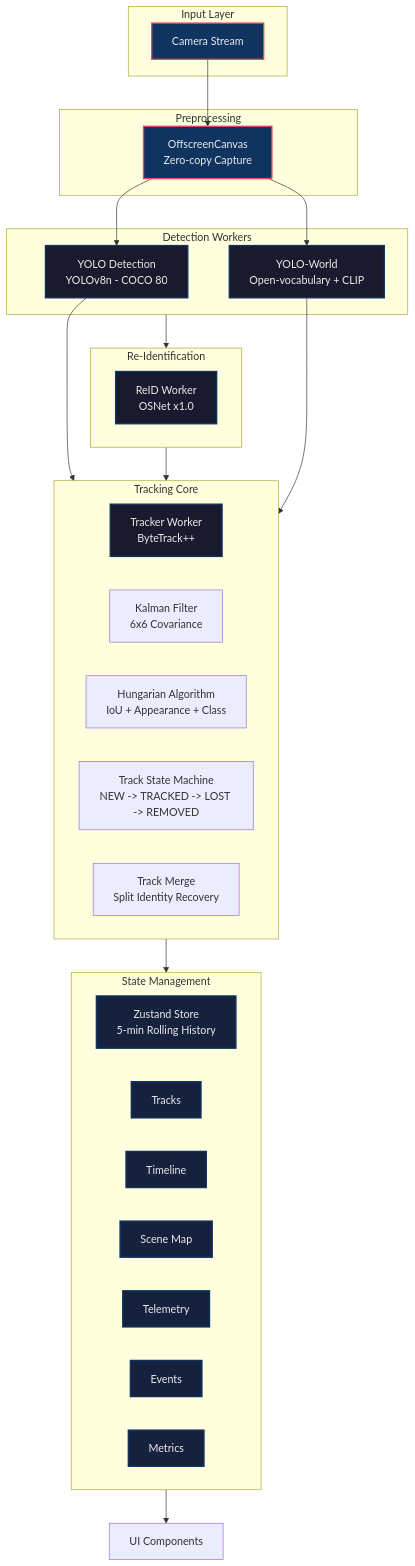
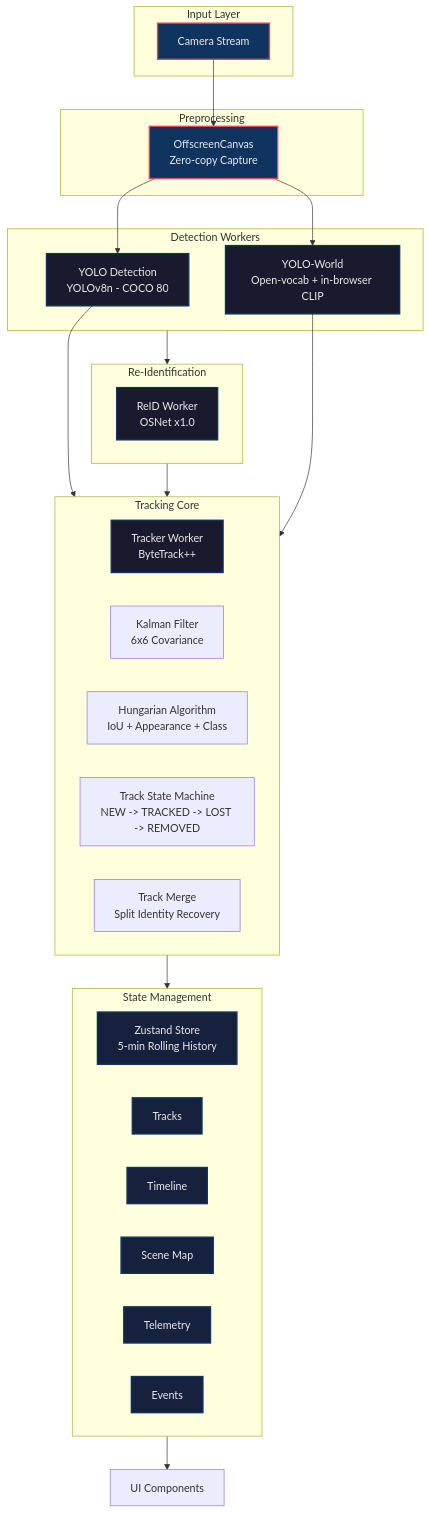
The diagram in README.md (zubershk/TrackVision), drawn with Mermaid before and after one commit. The commit also changed other lines of this file and 43 other files, not shown here.

````diff
--- a/README.md
+++ b/README.md
@@ -45,55 +44,54 @@
 ```mermaid
 flowchart TD
     subgraph Input["Input Layer"]
         Camera["Camera Stream"]
     end
 
     subgraph Preprocess["Preprocessing"]
         Offscreen["OffscreenCanvas\nZero-copy Capture"]
     end
 
     subgraph Detection["Detection Workers"]
         YOLOFast["YOLO Detection\nYOLOv8n - COCO 80"]
-        YOLOOpen["YOLO-World\nOpen-vocabulary + CLIP"]
+        YOLOOpen["YOLO-World\nOpen-vocab + in-browser CLIP"]
     end
 
     subgraph ReID["Re-Identification"]
         ReIDWorker["ReID Worker\nOSNet x1.0"]
     end
 
     subgraph Tracking["Tracking Core"]
         TrackerWorker["Tracker Worker\nByteTrack++"]
         Kalman["Kalman Filter\n6x6 Covariance"]
         Hungarian["Hungarian Algorithm\nIoU + Appearance + Class"]
         StateMachine["Track State Machine\nNEW -> TRACKED -> LOST -> REMOVED"]
         TrackMerge["Track Merge\nSplit Identity Recovery"]
     end
 
     subgraph State["State Management"]
         Zustand["Zustand Store\n5-min Rolling History"]
         Tracks["Tracks"]
         Timeline["Timeline"]
         SceneMap["Scene Map"]
         Telemetry["Telemetry"]
         Events["Events"]
-        Metrics["Metrics"]
     end
 
     Camera --> Offscreen
     Offscreen --> YOLOFast
     Offscreen --> YOLOOpen
     YOLOFast --> Tracking
     YOLOOpen --> Tracking
     Detection --> ReID
     ReID --> Tracking
     Tracking --> State
     State --> UI["UI Components"]
 
     classDef worker fill:#1a1a2e,stroke:#0f3460,stroke-width:2px,color:#eaeaea
     classDef state fill:#16213e,stroke:#0f3460,stroke-width:2px,color:#eaeaea
     classDef input fill:#0f3460,stroke:#e94560,stroke-width:2px,color:#eaeaea
 
     class YOLOFast,YOLOOpen,ReIDWorker,TrackerWorker worker
-    class Zustand,Tracks,Timeline,SceneMap,Telemetry,Events,Metrics state
+    class Zustand,Tracks,Timeline,SceneMap,Telemetry,Events state
     class Camera,Offscreen input
 ```
````
